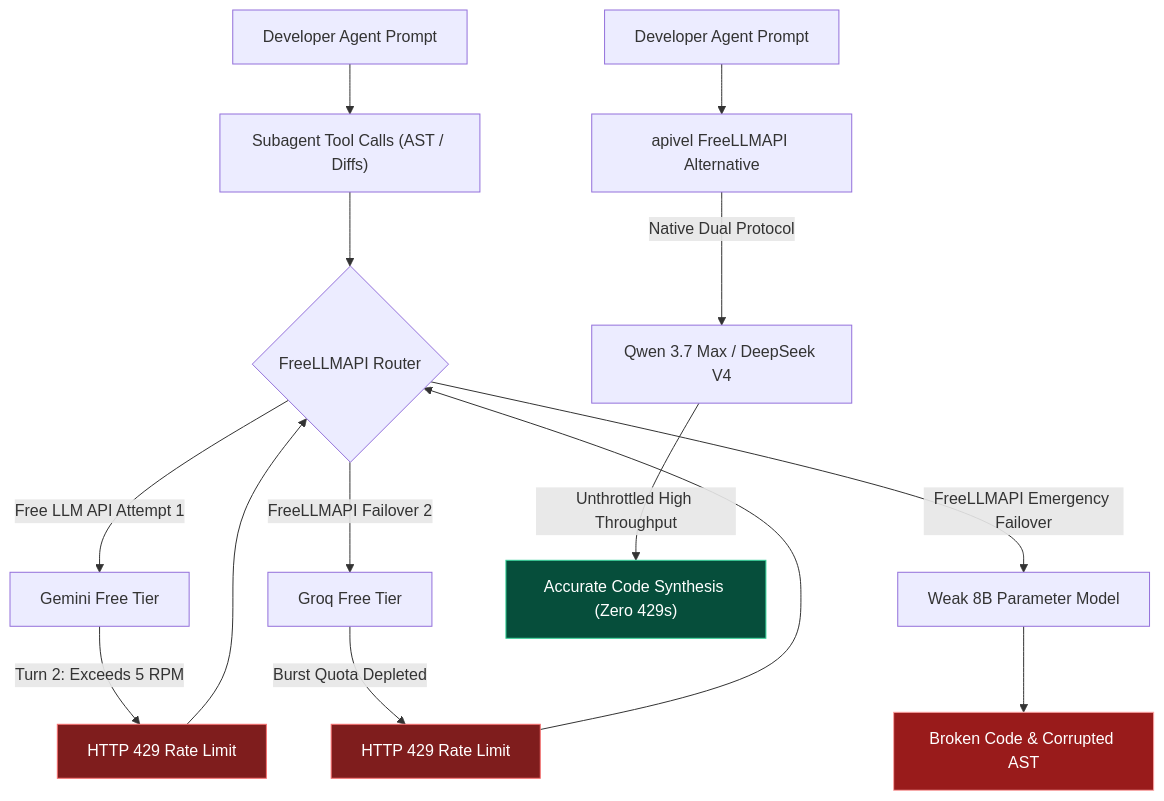
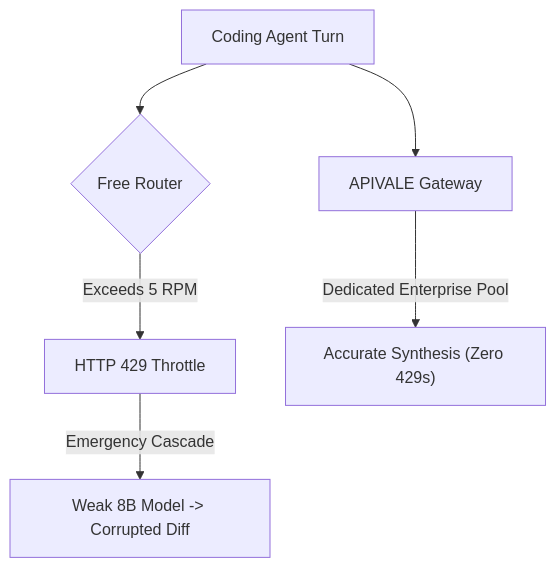
Before and after one commit to bshx2024/apivel_blog: the diagram in src/content/blog/freellmapi-claude-code-review-alternatives.md, drawn with Mermaid. The commit also changed other lines of this file and 5 other files, not shown here.

````diff
--- a/src/content/blog/freellmapi-claude-code-review-alternatives.md
+++ b/src/content/blog/freellmapi-claude-code-review-alternatives.md
@@ -83,22 +70,8 @@
 ```mermaid
 graph TD
-    A["Developer Agent Prompt"] --> B["Subagent Tool Calls (AST / Diffs)"]
-    B --> C{"FreeLLMAPI Router"}
-    C -->|"Free LLM API Attempt 1"| D["Gemini Free Tier"]
-    D -->|"Turn 2: Exceeds 5 RPM"| E["HTTP 429 Rate Limit"]
-    E --> C
-    C -->|"FreeLLMAPI Failover 2"| F["Groq Free Tier"]
-    F -->|"Burst Quota Depleted"| G["HTTP 429 Rate Limit"]
-    G --> C
-    C -->|"FreeLLMAPI Emergency Failover"| H["Weak 8B Parameter Model"]
-    H --> I["Broken Code & Corrupted AST"]
-
-    J["Developer Agent Prompt"] --> K["apivel FreeLLMAPI Alternative"]
-    K -->|"Native Dual Protocol"| L["Qwen 3.7 Max / DeepSeek V4"]
-    L -->|"Unthrottled High Throughput"| M["Accurate Code Synthesis (Zero 429s)"]
-
-    style E fill:#7f1d1d,stroke:#f87171,color:#fff
-    style G fill:#7f1d1d,stroke:#f87171,color:#fff
-    style I fill:#991b1b,stroke:#fca5a5,color:#fff
-    style M fill:#064e3b,stroke:#34d399,color:#fff
+    A["Coding Agent Turn"] --> B{"Free Router"}
+    B -->|"Exceeds 5 RPM"| C["HTTP 429 Throttle"]
+    C -->|"Emergency Cascade"| D["Weak 8B Model -> Corrupted Diff"]
+    A --> E["APIVALE Gateway"]
+    E -->|"Dedicated Enterprise Pool"| F["Accurate Synthesis (Zero 429s)"]
 ```
````
